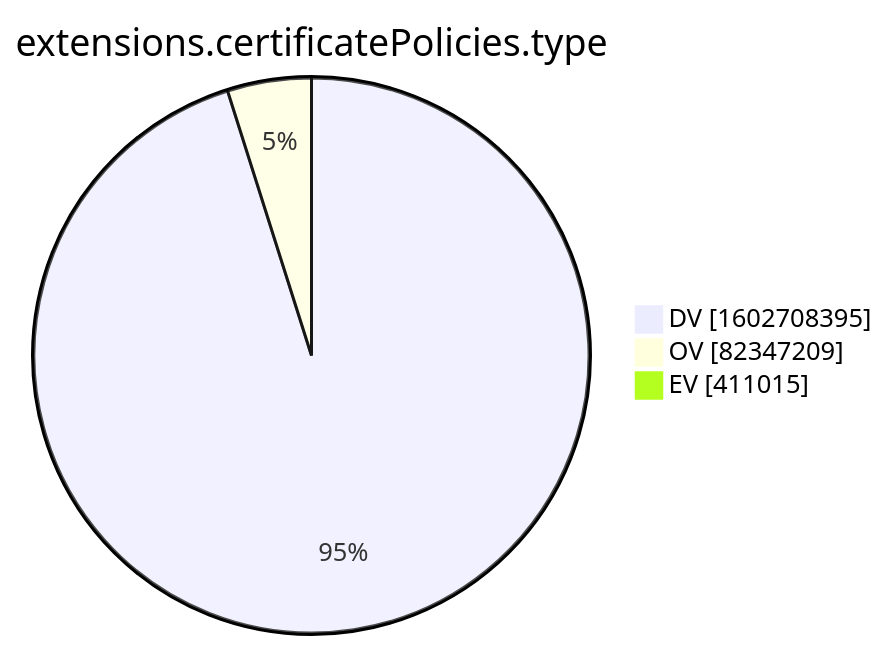
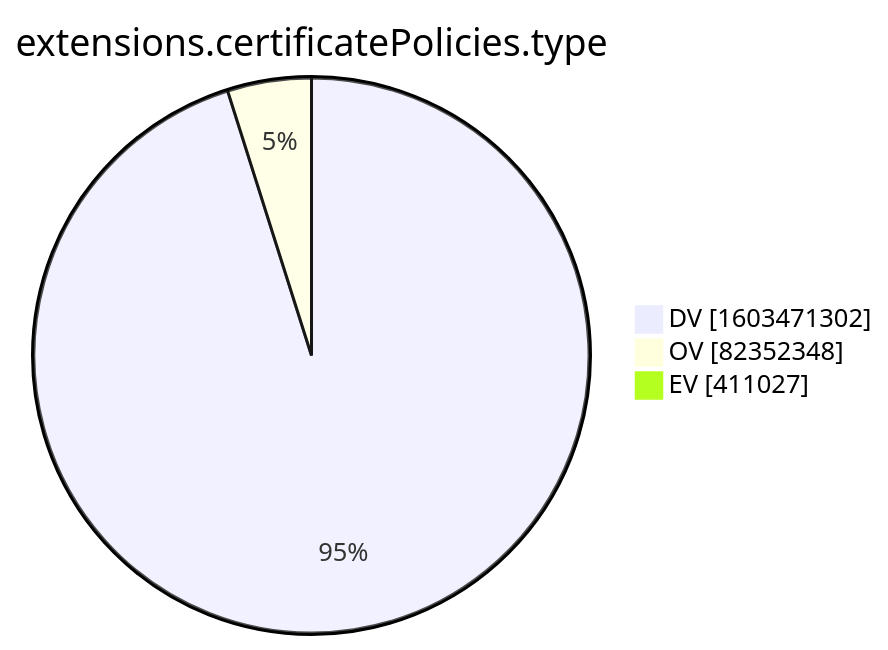
Before and after one commit to christiankrug/ctmonitor_visualization: the tenth of 15 diagrams in xenon2022/README.md, drawn with Mermaid. The commit also changed other lines of this file, not shown here.

````diff
--- a/xenon2022/README.md
+++ b/xenon2022/README.md
@@ -2878,7 +2878,7 @@
 ```mermaid
 pie showData
 title extensions.certificatePolicies.type
-"DV" :1602708395
-"OV" :82347209
-"EV" :411015
+"DV" :1603471302
+"OV" :82352348
+"EV" :411027
 ```
````
